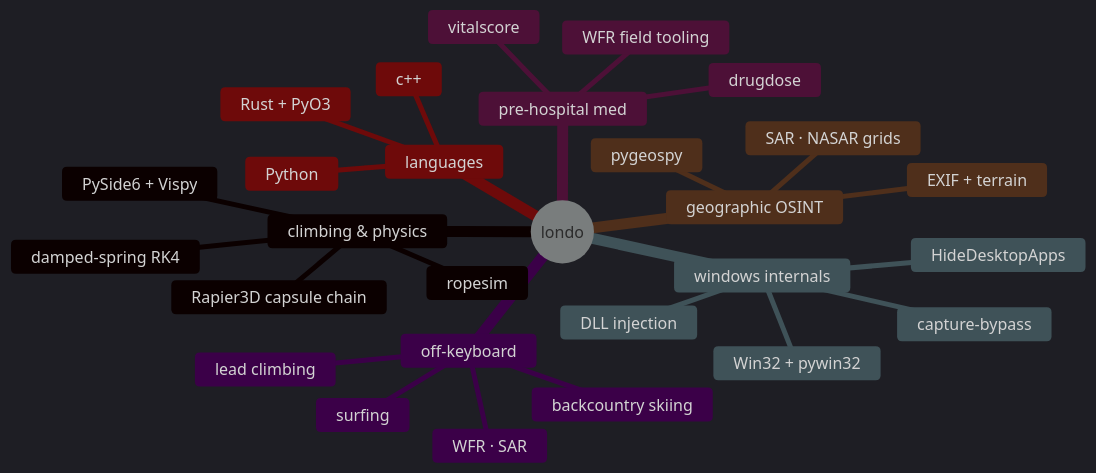
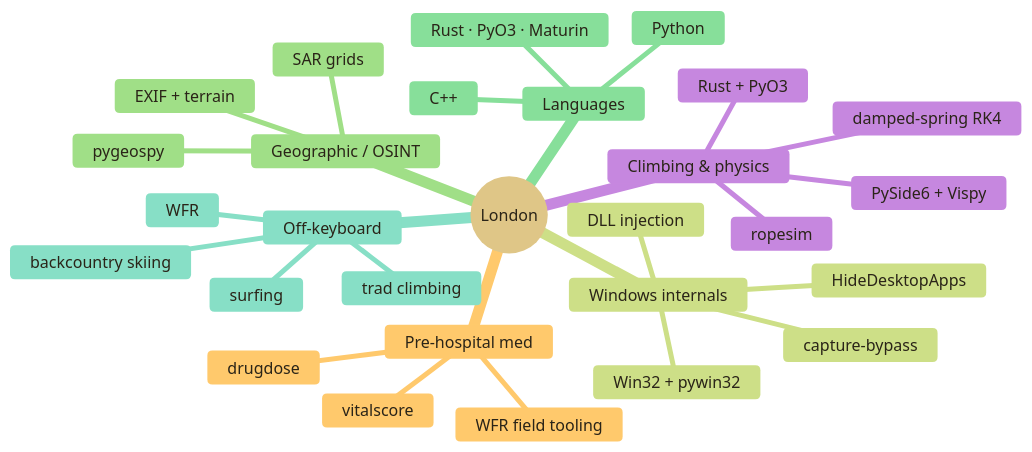
The diagram in README.md (Londopy/Londopy), drawn with Mermaid before and after one commit. The commit also changed other lines of this file, not shown here.

````diff
--- a/README.md
+++ b/README.md
@@ -93,32 +116,32 @@
 ```mermaid
-%%{init: {'theme':'dark','themeVariables':{'primaryColor':'#0d1117','primaryTextColor':'#c9d1d9','primaryBorderColor':'#00D9FF','lineColor':'#00D9FF','tertiaryColor':'#161b22','fontFamily':'JetBrains Mono, monospace'}}}%%
+%%{init: {'theme':'base','themeVariables':{'primaryColor':'#FAF6EC','primaryTextColor':'#2A2418','primaryBorderColor':'#7A5C3A','lineColor':'#7A5C3A','tertiaryColor':'#FFF8EC'}}}%%
 mindmap
-  root((londo))
-    climbing & physics
+  root((London))
+    Climbing & physics
       ropesim
+      Rust + PyO3
       damped-spring RK4
-      Rapier3D capsule chain
       PySide6 + Vispy
-    pre-hospital med
+    Pre-hospital med
       drugdose
       vitalscore
       WFR field tooling
-    windows internals
+    Windows internals
       capture-bypass
       HideDesktopApps
       DLL injection
       Win32 + pywin32
-    geographic OSINT
+    Geographic / OSINT
       pygeospy
-      SAR · NASAR grids
+      SAR grids
       EXIF + terrain
-    languages
+    Languages
       Python
-      Rust + PyO3
-      c++
-    off-keyboard
-      lead climbing
+      Rust · PyO3 · Maturin
+      C++
+    Off-keyboard
+      trad climbing
       backcountry skiing
       surfing
-      WFR · SAR
+      WFR
 ```
````
